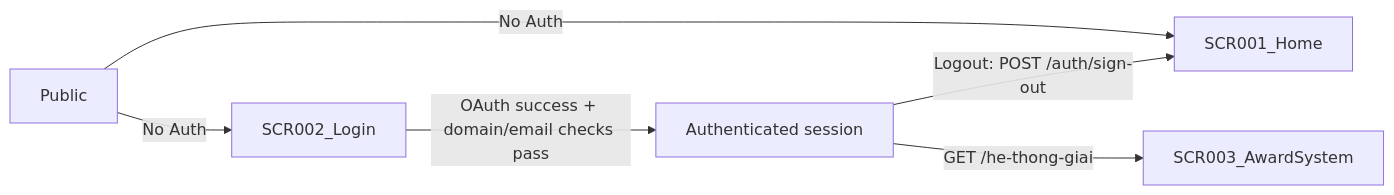
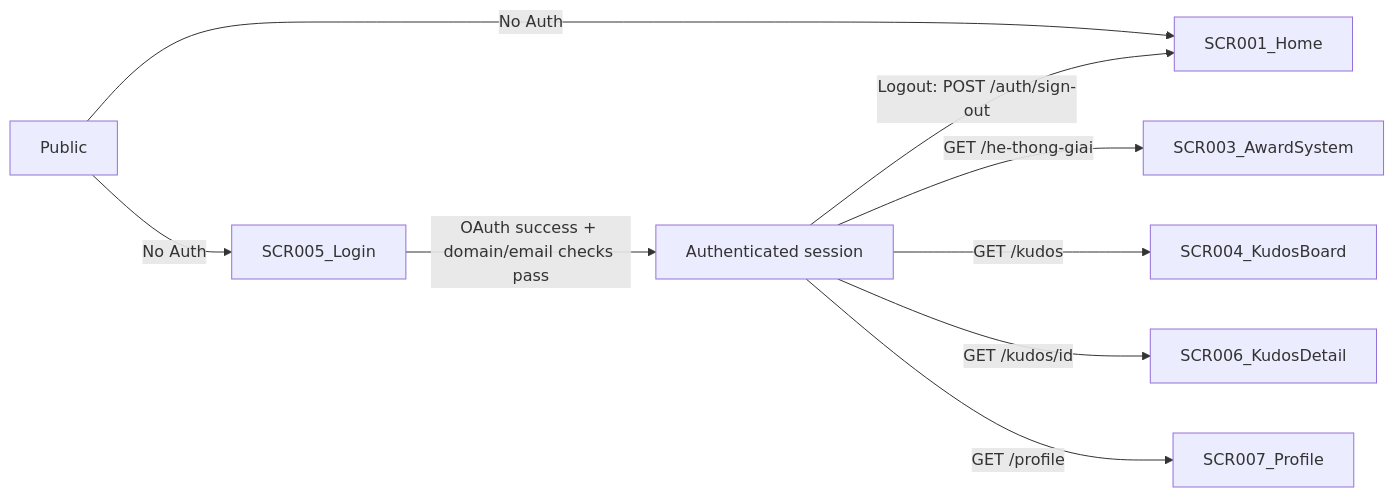
The second of 2 diagrams in docs/generated/screen-flow.md (phidq-2581/saa-2025-web), drawn with Mermaid before and after one commit. The commit also changed other lines of this file and 20 other files, not shown here.

````diff
--- a/docs/generated/screen-flow.md
+++ b/docs/generated/screen-flow.md
@@ -136,8 +328,11 @@
 ```mermaid
 graph LR
     A[Public] -->|No Auth| Home[SCR001_Home]
-    A -->|No Auth| Login[SCR002_Login]
+    A -->|No Auth| Login[SCR005_Login]
     Login -->|OAuth success + domain/email checks pass| Authed[Authenticated session]
     Authed -->|GET /he-thong-giai| Award[SCR003_AwardSystem]
+    Authed -->|GET /kudos| Board[SCR004_KudosBoard]
+    Authed -->|GET /kudos/id| Detail[SCR006_KudosDetail]
+    Authed -->|GET /profile| Profile[SCR007_Profile]
     Authed -->|Logout: POST /auth/sign-out| Home
 ```
````
